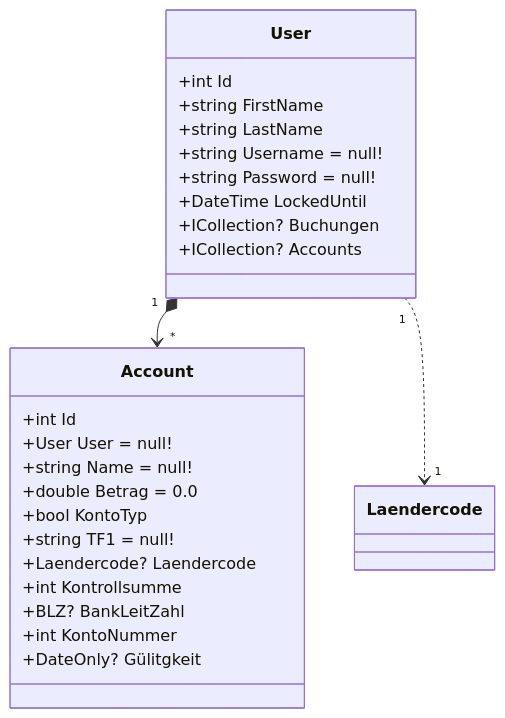
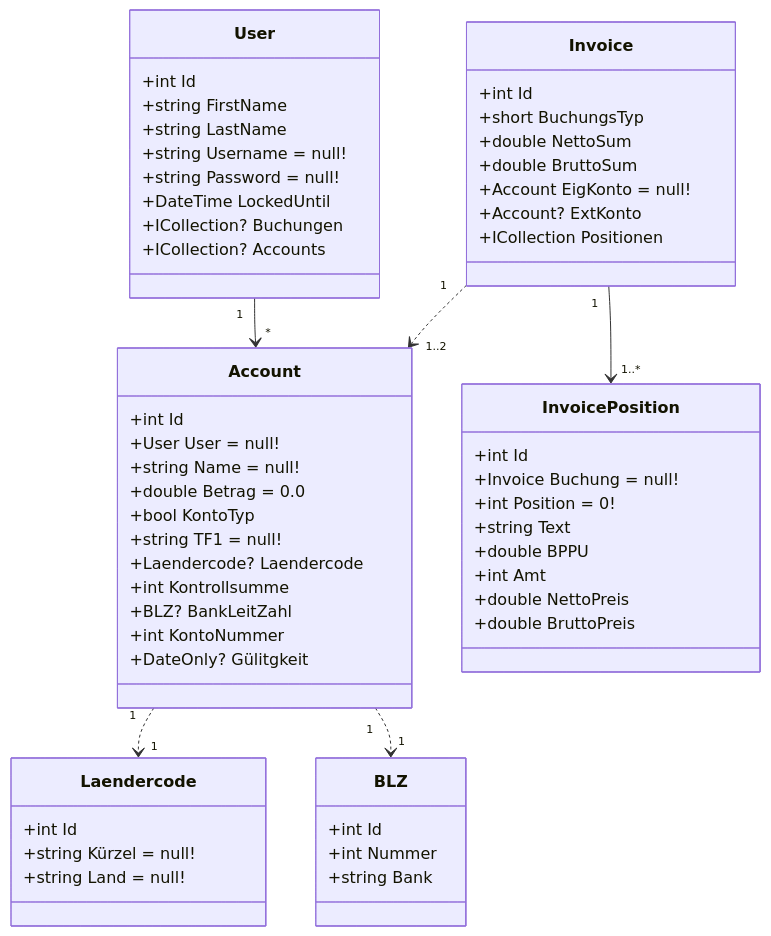
One commit to Julcraftlp/BFT21-Endprojekt_Finanzmanager changed the second of 2 diagrams in README.md. Above: the diagram before and after it, drawn with Mermaid.

````diff
--- a/README.md
+++ b/README.md
@@ -26,26 +26,54 @@
 ```mermaid
-classDiagram 
-User "1" *--> "*" Account
-User "1" ..> "1"Laendercode
+classDiagram
+User "1" --> "*" Account
+Account "1" ..> "1" Laendercode
+Account "1" ..> "1" BLZ
+Invoice "1" ..> "1..2" Account
+Invoice "1" --> "1..*" InvoicePosition
 
 User : +int Id
 User : +string FirstName
 User : +string LastName
 User : +string Username = null!
 User : +string Password = null!
 User : +DateTime LockedUntil
 User : +ICollection<Invoice>? Buchungen
 User : +ICollection<Account>? Accounts
 
 Account : +int Id
 Account : +User User = null!
 Account : +string Name = null!
 Account : +double Betrag = 0.0
 Account : +bool KontoTyp
 Account : +string TF1 = null!
 Account : +Laendercode? Laendercode
 Account : +int Kontrollsumme
 Account : +BLZ? BankLeitZahl
 Account : +int KontoNummer
 Account : +DateOnly? Gülitgkeit
+
+BLZ : +int Id
+BLZ : +int Nummer
+BLZ : +string Bank
+
+Invoice : +int Id
+Invoice : +short BuchungsTyp
+Invoice : +double NettoSum
+Invoice : +double BruttoSum
+Invoice : +Account EigKonto = null!
+Invoice : +Account? ExtKonto
+Invoice : +ICollection<InvoicePosition> Positionen
+
+InvoicePosition : +int Id
+InvoicePosition : +Invoice Buchung = null!
+InvoicePosition : +int Position = 0!
+InvoicePosition : +string Text
+InvoicePosition : +double BPPU
+InvoicePosition : +int Amt
+InvoicePosition : +double NettoPreis
+InvoicePosition : +double BruttoPreis
+
+Laendercode : +int Id
+Laendercode : +string Kürzel = null!
+Laendercode : +string Land = null!
 ```
````
